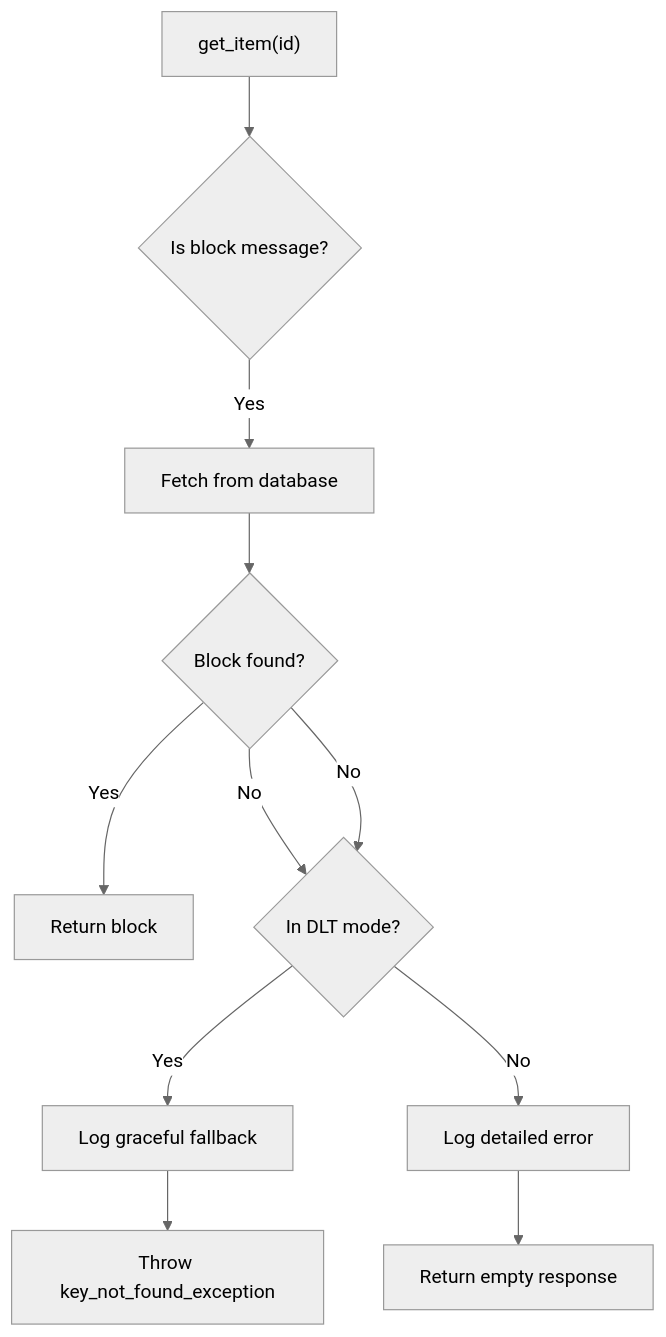
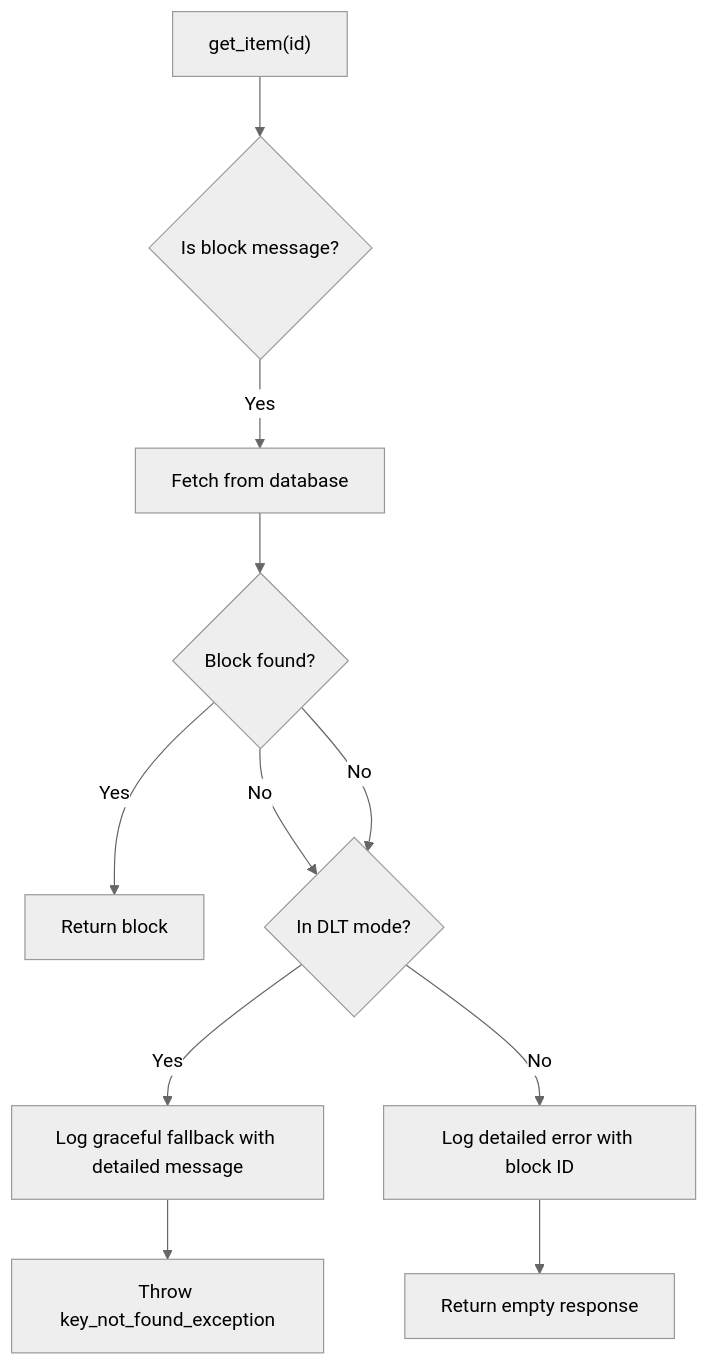
The ninth of 9 diagrams in .qoder/repowiki/en/content/Architecture Overview/Core Libraries/Chain Library/Database Management/DLT Rolling Block Log.md (VIZ-Blockchain/viz-cpp-node), drawn with Mermaid (neutral theme) before and after one commit. The commit also changed other lines of this file and 3 other files, not shown here.

First line of the commit message:
docs(dlt_block_log): improve error handling and fallback for DLT mode

````diff
--- a/.qoder/repowiki/en/content/Architecture Overview/Core Libraries/Chain Library/Database Management/DLT Rolling Block Log.md
+++ b/.qoder/repowiki/en/content/Architecture Overview/Core Libraries/Chain Library/Database Management/DLT Rolling Block Log.md
@@ -437,13 +439,13 @@
 ```mermaid
 flowchart TD
 GetItem["get_item(id)"] --> CheckType{"Is block message?"}
 CheckType --> |Yes| FetchFromDB["Fetch from database"]
 FetchFromDB --> Found{"Block found?"}
 Found --> |Yes| ReturnBlock["Return block"]
 Found --> |No| CheckDLTMode{"In DLT mode?"}
-CheckDLTMode --> |Yes| LogFallback["Log graceful fallback"]
+CheckDLTMode --> |Yes| LogFallback["Log graceful fallback with detailed message"]
 LogFallback --> ThrowException["Throw key_not_found_exception"]
-CheckDLTMode --> |No| LogError["Log detailed error"]
+CheckDLTMode --> |No| LogError["Log detailed error with block ID"]
 LogError --> ReturnEmpty["Return empty response"]
 Found --> |No| CheckDLTMode
 ```
````
